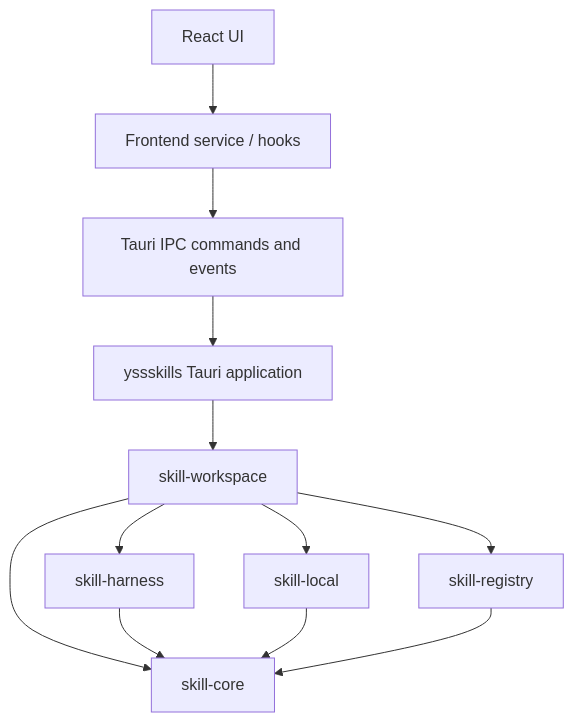
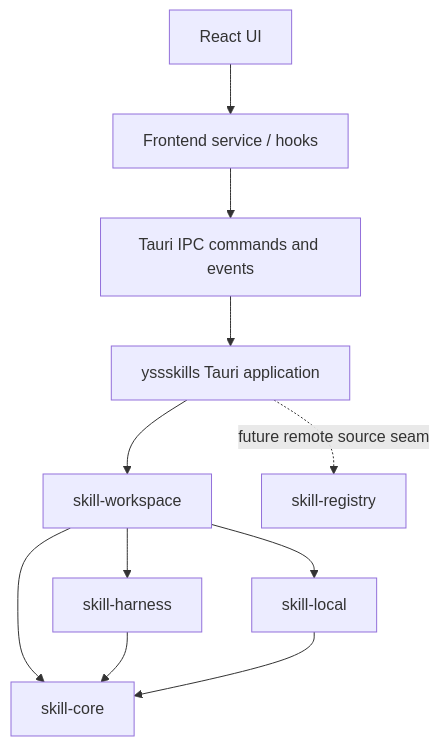
The diagram in docs/architecture/ARCHITECTURE.md (zhouyi207/YssSkills), drawn with Mermaid before and after one commit. The commit also changed other lines of this file, not shown here.

Commit message:
docs: Update layered architecture

````diff
--- a/docs/architecture/ARCHITECTURE.md
+++ b/docs/architecture/ARCHITECTURE.md
@@ -48,16 +57,16 @@
 ```mermaid
 flowchart TD
     UI[React UI] --> FrontendService[Frontend service / hooks]
     FrontendService --> IPC[Tauri IPC commands and events]
     IPC --> App[yssskills Tauri application]
     App --> Workspace[skill-workspace]
 
     Workspace --> Core[skill-core]
     Workspace --> Harness[skill-harness]
     Workspace --> Local[skill-local]
-    Workspace --> Registry[skill-registry]
+    App -. future remote source seam .-> Registry[skill-registry]
 
     Harness --> Core
     Local --> Core
-    Registry --> Core
+
 ```
````
